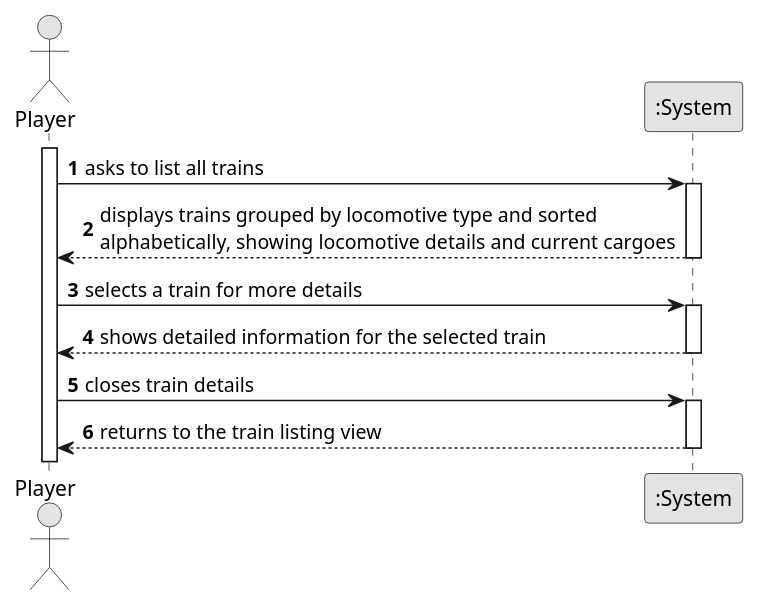
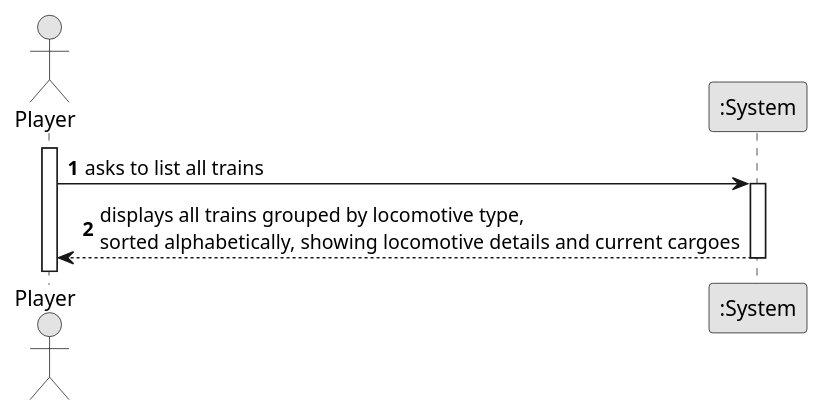
One commit to 1240826/empire-on-tracks changed the diagram in docs/system-documentation/US011/01.requirements-engineering/puml/US011-SSD.puml. Above: the diagram before and after it, drawn with PlantUML. The commit also changed 12 other files, not shown here.

```diff
--- a/docs/system-documentation/US011/01.requirements-engineering/puml/US011-SSD.puml
+++ b/docs/system-documentation/US011/01.requirements-engineering/puml/US011-SSD.puml
@@ -1,30 +1,19 @@
 @startuml
 skinparam monochrome true
 skinparam packageStyle rectangle
 skinparam shadowing false
 
 autonumber
 
 actor "Player" as Player
 participant ":System" as System
 
 activate Player
 
     Player -> System : asks to list all trains
     activate System
 
-        System --> Player : displays trains grouped by locomotive type and sorted\nalphabetically, showing locomotive details and current cargoes
+        System --> Player : displays all trains grouped by locomotive type,\nsorted alphabetically, showing locomotive details and current cargoes
     deactivate System
 
-    Player -> System : selects a train for more details
-    activate System
-
-        System --> Player : shows detailed information for the selected train
-    deactivate System
-
-    Player -> System : closes train details
-    activate System
-
-        System --> Player : returns to the train listing view
-    deactivate System
 @enduml
```
